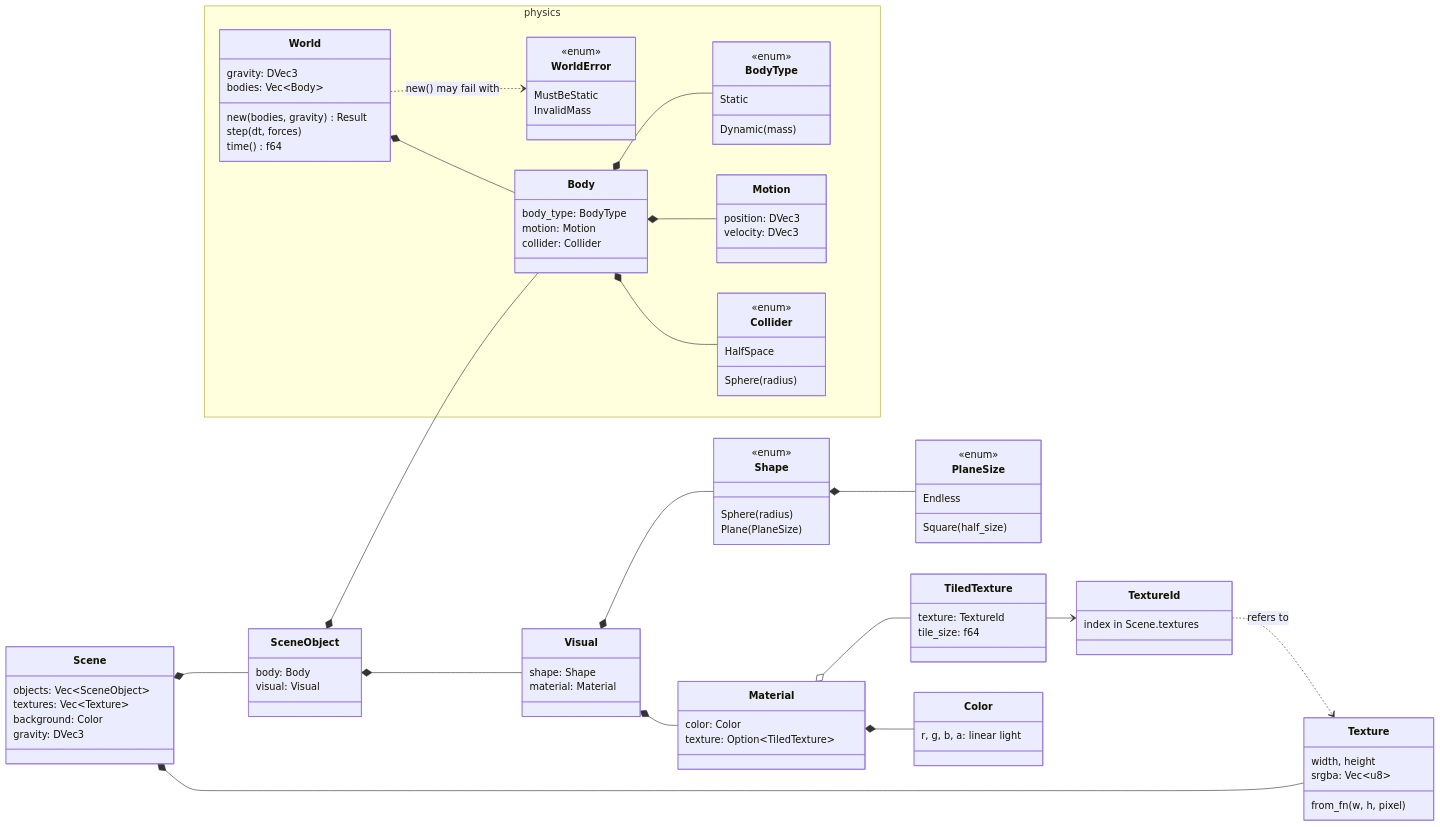
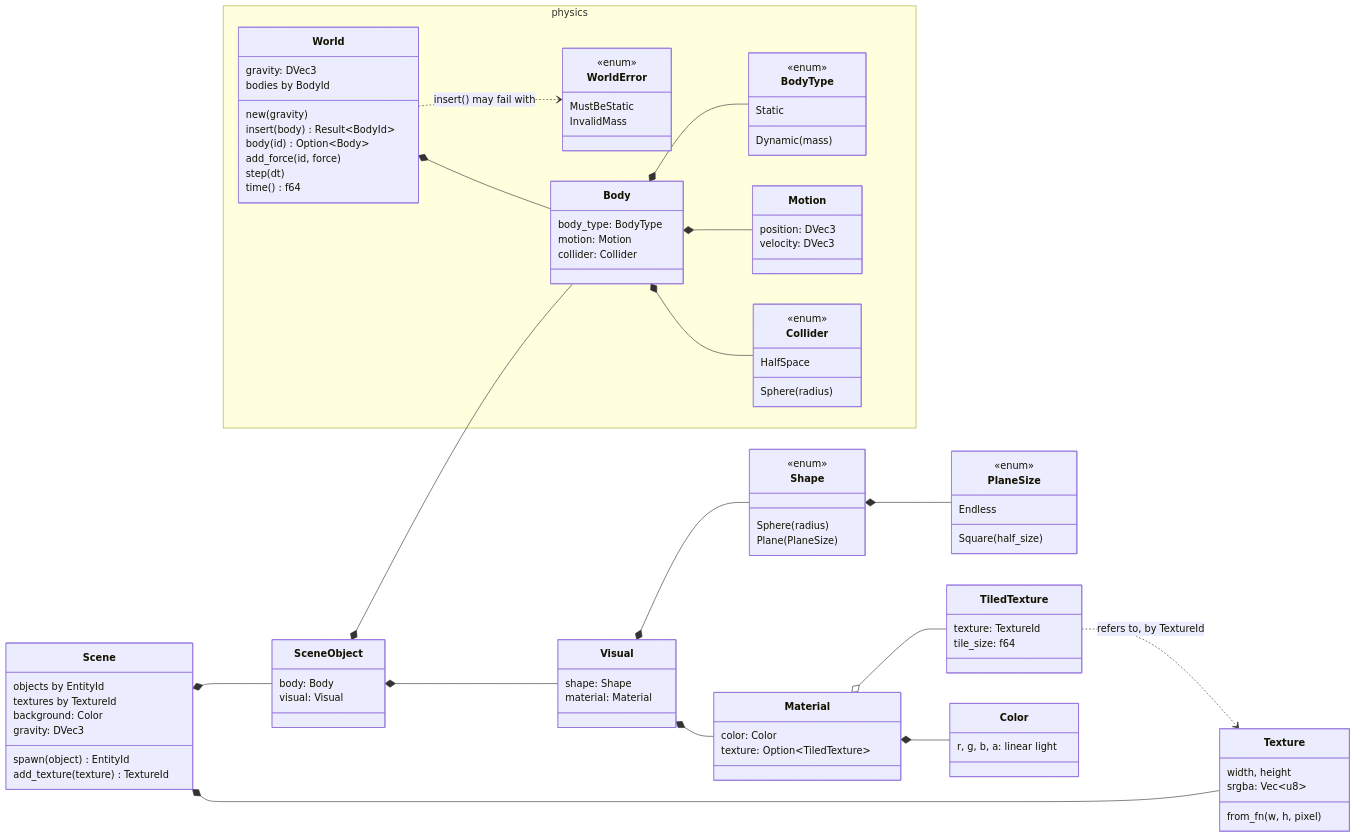
One commit to fterrier/flightsim changed the third of 6 diagrams in ARCHITECTURE.md. Above: the diagram before and after it, drawn with Mermaid. The commit also changed other lines of this file and 19 other files, not shown here.

```diff
--- a/ARCHITECTURE.md
+++ b/ARCHITECTURE.md
@@ -98,23 +118,15 @@
 classDiagram
     direction LR
 
-    class Scene {
-        objects: Vec~SceneObject~
-        textures: Vec~Texture~
-        background: Color
-        gravity: DVec3
-    }
-    class SceneObject {
-        body: Body
-        visual: Visual
-    }
-
     namespace physics {
         class World {
             gravity: DVec3
-            bodies: Vec~Body~
-            new(bodies, gravity) Result
-            step(dt, forces)
+            bodies by BodyId
+            new(gravity)
+            insert(body) Result~BodyId~
+            body(id) Option~Body~
+            add_force(id, force)
+            step(dt)
             time() f64
         }
         class WorldError {
@@ -142,12 +154,18 @@
             HalfSpace
         }
     }
-    World *-- Body
-    World ..> WorldError : new() may fail with
-    Body *-- BodyType
-    Body *-- Motion
-    Body *-- Collider
-
+    class Scene {
+        objects by EntityId
+        textures by TextureId
+        background: Color
+        gravity: DVec3
+        spawn(object) EntityId
+        add_texture(texture) TextureId
+    }
+    class SceneObject {
+        body: Body
+        visual: Visual
+    }
     class Visual {
         shape: Shape
         material: Material
@@ -170,9 +188,6 @@
         texture: TextureId
         tile_size: f64
     }
-    class TextureId {
-        index in Scene.textures
-    }
     class Texture {
         width, height
         srgba: Vec~u8~
@@ -181,14 +196,18 @@
     class Color {
         r, g, b, a: linear light
     }
+
+    World *-- Body
+    World ..> WorldError : insert() may fail with
+    Body *-- BodyType
+    Body *-- Motion
+    Body *-- Collider
     Visual *-- Shape
     Visual *-- Material
     Shape *-- PlaneSize
     Material *-- Color
     Material o-- TiledTexture
-    TiledTexture --> TextureId
-    TextureId ..> Texture : refers to
-
+    TiledTexture ..> Texture : refers to, by TextureId
     Scene *-- SceneObject
     Scene *-- Texture
     SceneObject *-- Body
```
